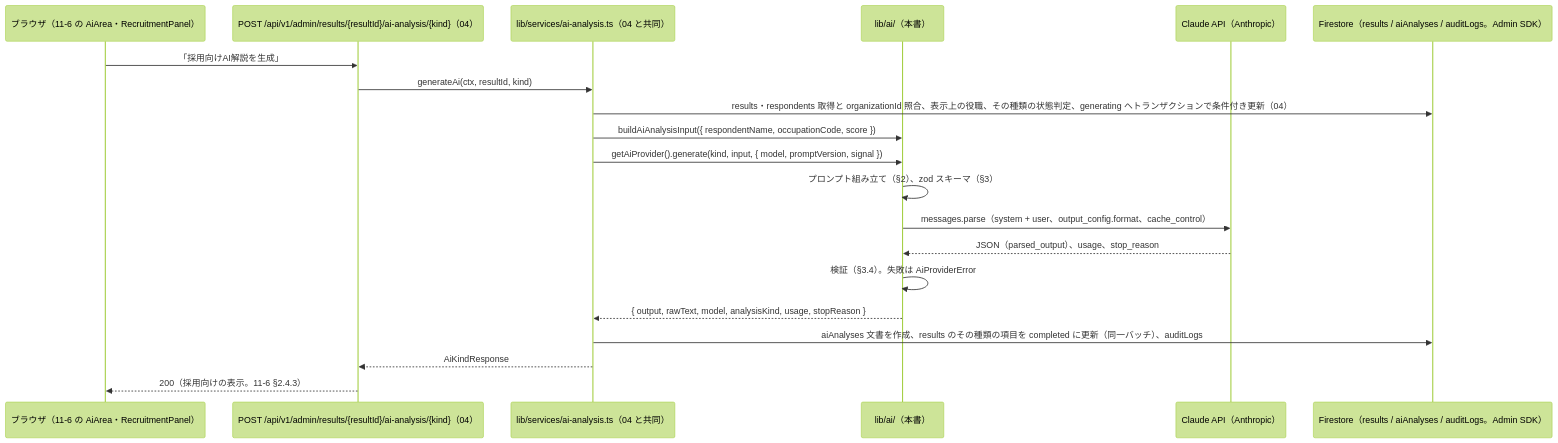
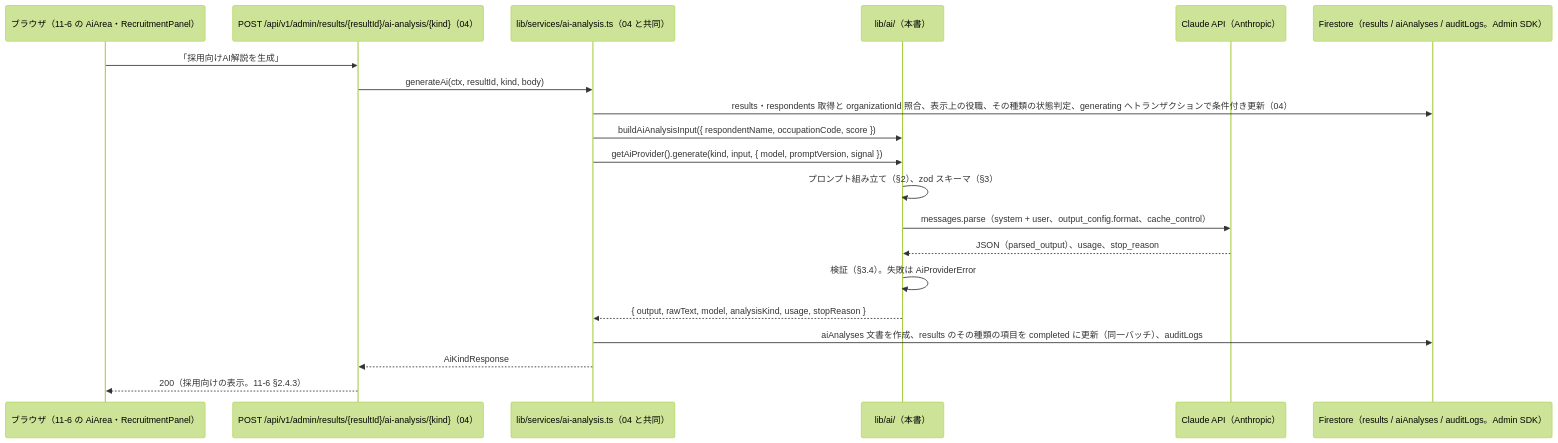
One commit to tanukichiyamaguchi/Tekisei-Kensa changed the first of 3 diagrams in docs/基本設計/07_AI解説とPDF.md. Above: the diagram before and after it, drawn with Mermaid (forest theme). The commit also changed 4 other files, not shown here.

````diff
--- a/docs/基本設計/07_AI解説とPDF.md
+++ b/docs/基本設計/07_AI解説とPDF.md
@@ -66,23 +66,23 @@
 ```mermaid
 sequenceDiagram
     participant B as ブラウザ（11-6 の AiArea・RecruitmentPanel）
     participant API as POST /api/v1/admin/results/{resultId}/ai-analysis/{kind}（04）
     participant S as lib/services/ai-analysis.ts（04 と共同）
     participant P as lib/ai/（本書）
     participant C as Claude API（Anthropic）
     participant DB as Firestore（results / aiAnalyses / auditLogs。Admin SDK）
 
     B->>API: 「採用向けAI解説を生成」
-    API->>S: generateAi(ctx, resultId, kind)
+    API->>S: generateAi(ctx, resultId, kind, body)
     S->>DB: results・respondents 取得と organizationId 照合、表示上の役職、その種類の状態判定、generating へトランザクションで条件付き更新（04）
     S->>P: buildAiAnalysisInput({ respondentName, occupationCode, score })
     S->>P: getAiProvider().generate(kind, input, { model, promptVersion, signal })
     P->>P: プロンプト組み立て（§2）、zod スキーマ（§3）
     P->>C: messages.parse（system + user、output_config.format、cache_control）
     C-->>P: JSON（parsed_output）、usage、stop_reason
     P->>P: 検証（§3.4）。失敗は AiProviderError
     P-->>S: { output, rawText, model, analysisKind, usage, stopReason }
     S->>DB: aiAnalyses 文書を作成、results のその種類の項目を completed に更新（同一バッチ）、auditLogs
     S-->>API: AiKindResponse
     API-->>B: 200（採用向けの表示。11-6 §2.4.3）
 ```
````
